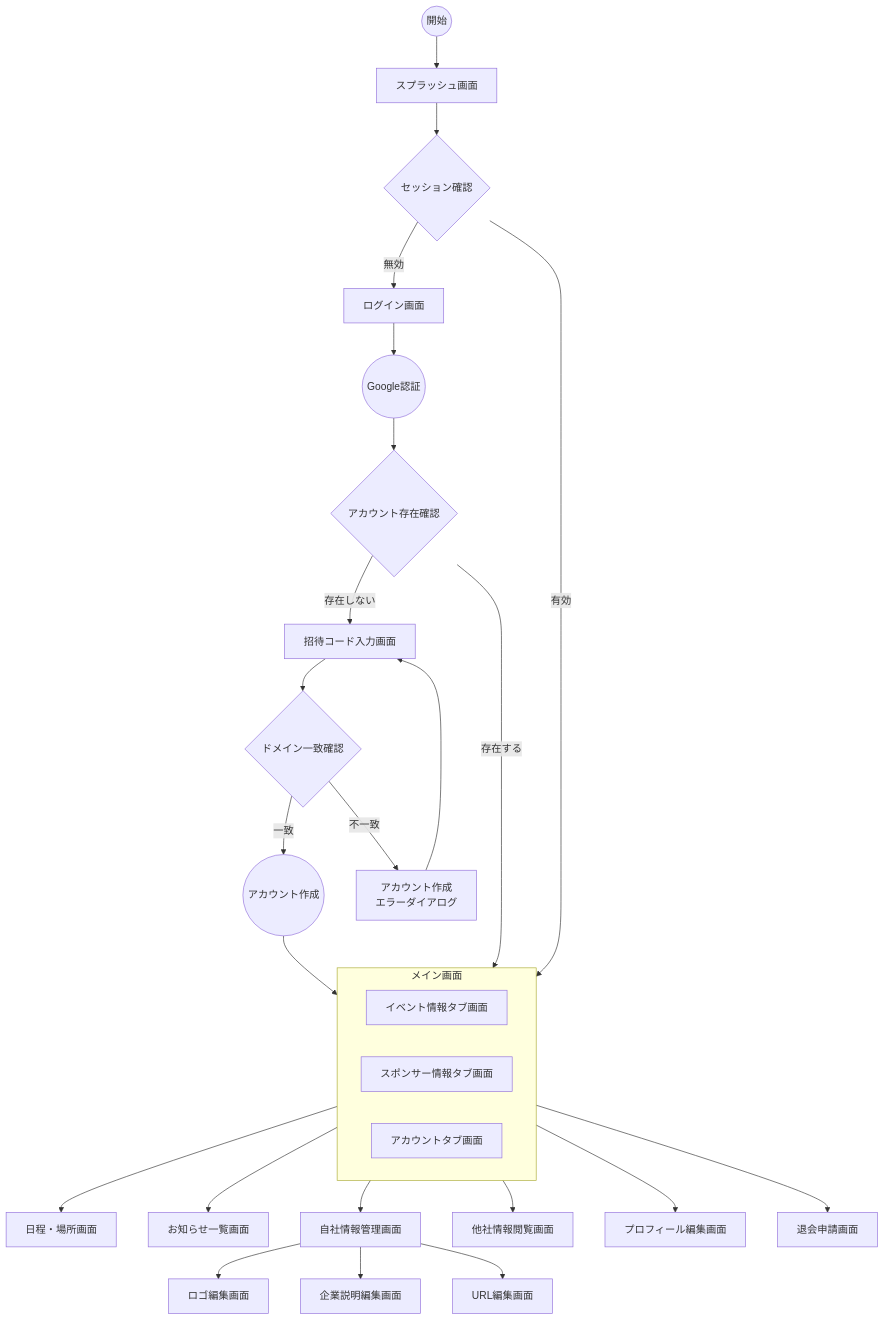
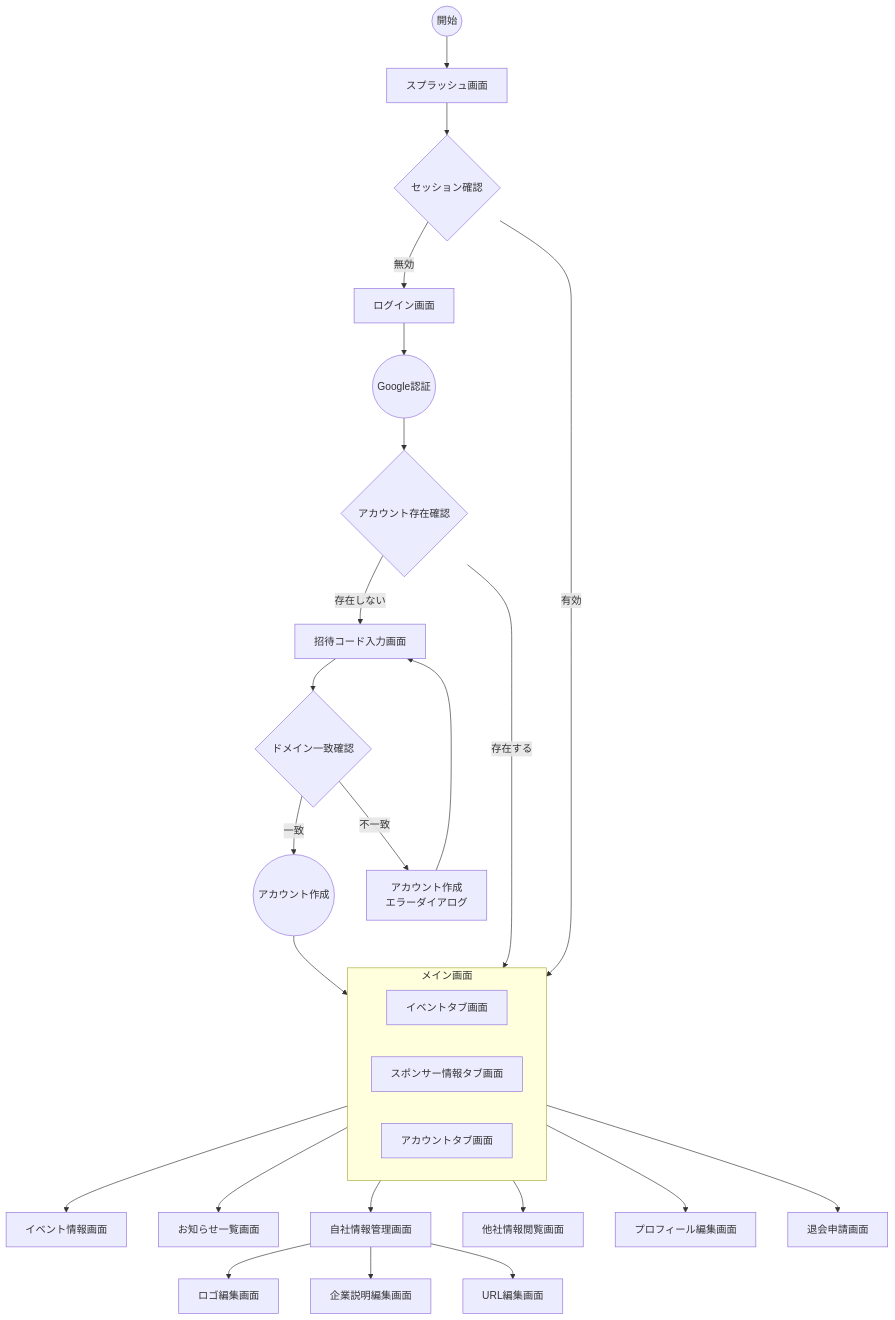
The diagram in docs/dashboard/SCREENS.md (FlutterKaigi/2025), drawn with Mermaid before and after one commit. The commit also changed other lines of this file, not shown here.

Commit message:
docs: イベント関連の画面名を変更

````diff
--- a/docs/dashboard/SCREENS.md
+++ b/docs/dashboard/SCREENS.md
@@ -54,41 +54,41 @@
 ```mermaid
 flowchart TD
     Start((開始)) --> Splash[スプラッシュ画面]
     Splash --> SessionCheck{セッション確認}
-    SessionCheck --> |有効| EventInfo[イベント情報タブ画面]
+    SessionCheck --> |有効| EventTab[イベントタブ画面]
     SessionCheck --> |無効| Login[ログイン画面]
     
     %% 認証フロー
     Login --> GoogleAuth((Google認証))
     GoogleAuth --> AccountCheck{アカウント存在確認}
-    AccountCheck --> |存在する| EventInfo[イベント情報タブ画面]
+    AccountCheck --> |存在する| EventTab[イベントタブ画面]
     AccountCheck --> |存在しない| InvitationCode[招待コード入力画面]
     
     %% 新規登録フロー
     InvitationCode --> DomainCheck{ドメイン一致確認}
     DomainCheck --> |一致| CreateAccount((アカウント作成))
     DomainCheck --> |不一致| RegisterError[アカウント作成<br>エラーダイアログ]
     RegisterError --> InvitationCode
-    CreateAccount --> EventInfo
+    CreateAccount --> EventTab
     
     %% メイン画面のタブ構成
     subgraph Main[メイン画面]
       direction LR
-      EventInfo[イベント情報タブ画面]
+      EventTab[イベントタブ画面]
       SponsorInfo[スポンサー情報タブ画面]
       Account[アカウントタブ画面]
     end
 
-    EventInfo --> Schedule[日程・場所画面]
-    EventInfo --> News[お知らせ一覧画面]
+    EventTab --> EventInfo[イベント情報画面]
+    EventTab --> News[お知らせ一覧画面]
     
     SponsorInfo --> OwnInfo[自社情報管理画面]
     SponsorInfo --> OtherInfo[他社情報閲覧画面]
     
     OwnInfo --> LogoEdit[ロゴ編集画面]
     OwnInfo --> DescEdit[企業説明編集画面]
     OwnInfo --> URLEdit[URL編集画面]
     
     Account --> Profile[プロフィール編集画面]
     Account --> Withdrawal[退会申請画面]
 ```
````
